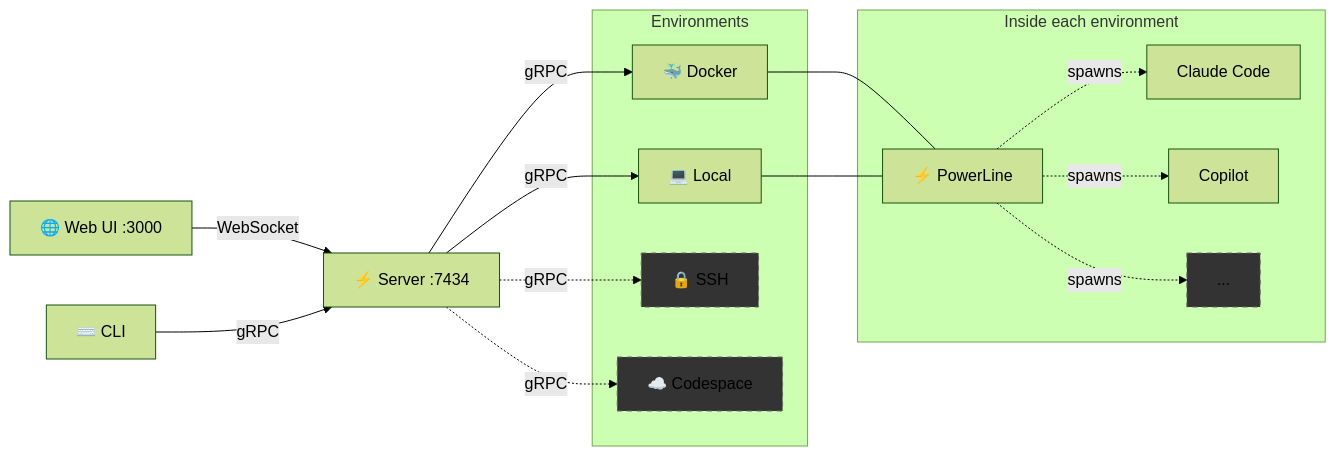
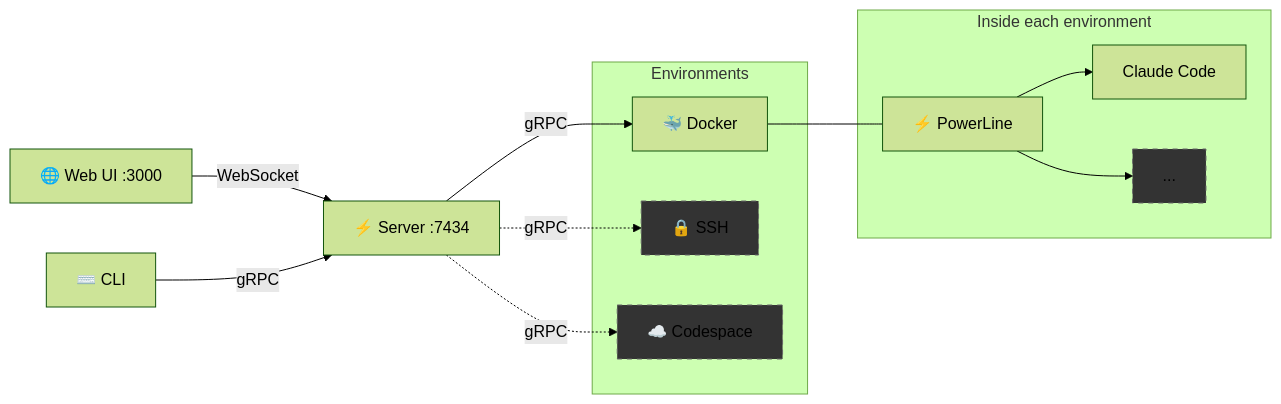
One commit to nick-pape/grackle changed the fifth of 5 diagrams in README.md. Above: the diagram before and after it, drawn with Mermaid (forest theme). The commit also changed other lines of this file, not shown here.

Commit message:
Polish README: add post-v1.0 legend, fix diagrams, clarify roadmap tiers

````diff
--- a/README.md
+++ b/README.md
@@ -76,31 +78,29 @@
 ```mermaid
 graph LR
     UI["🌐 Web UI :3000"]
     CLI["⌨️ CLI"]
     Server["⚡ Server :7434"]
 
     UI -- WebSocket --> Server
     CLI -- gRPC --> Server
 
     subgraph "Environments"
         Docker["🐳 Docker"]
-        Local["💻 Local"]
         SSH["🔒 SSH"]
         CS["☁️ Codespace"]
     end
 
-    Server -- gRPC --> Docker & Local
+    Server -- gRPC --> Docker
     Server -. gRPC .-> SSH & CS
 
     subgraph "Inside each environment"
         PL["⚡ PowerLine"]
-        PL -. spawns .-> CC["Claude Code"]
-        PL -. spawns .-> CP["Copilot"]
-        PL -. spawns .-> More["..."]
+        PL --> CC["Claude Code"]
+        PL --> More["..."]
     end
 
-    Docker & Local --- PL
+    Docker --- PL
     style More fill:#333,stroke:#666,stroke-dasharray: 5 5
     style SSH fill:#333,stroke:#666,stroke-dasharray: 5 5
     style CS fill:#333,stroke:#666,stroke-dasharray: 5 5
 ```
````
